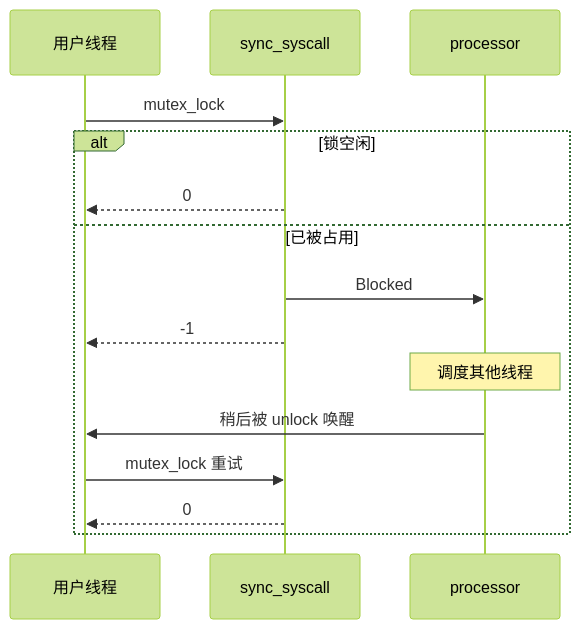
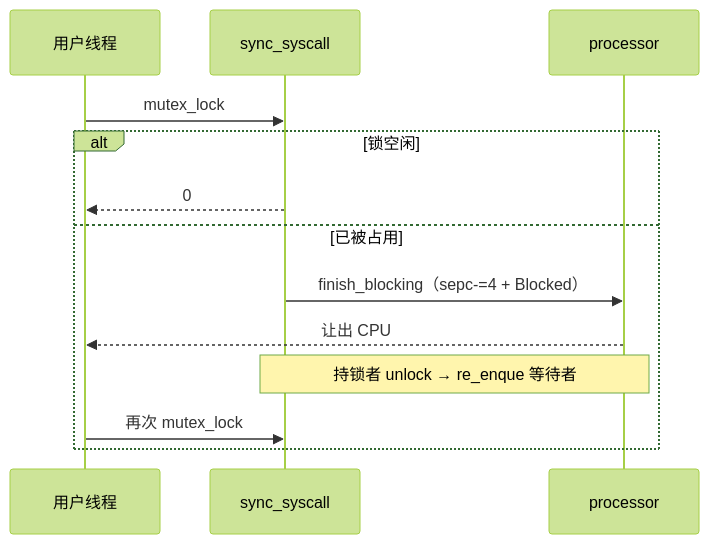
Before and after one commit to AM-SuSh/EVOLVE: the second of 2 diagrams in os-lab/labs/lab8-thread-sync.md, drawn with Mermaid (forest theme). The commit also changed other lines of this file and 32 other files, not shown here.

````diff
--- a/os-lab/labs/lab8-thread-sync.md
+++ b/os-lab/labs/lab8-thread-sync.md
@@ -168,17 +205,15 @@
 ```mermaid
 sequenceDiagram
     participant U as 用户线程
     participant K as sync_syscall
     participant P as processor
     U->>K: mutex_lock
     alt 锁空闲
         K-->>U: 0
     else 已被占用
-        K->>P: Blocked
-        K-->>U: -1
-        Note over P: 调度其他线程
-        P->>U: 稍后被 unlock 唤醒
-        U->>K: mutex_lock 重试
-        K-->>U: 0
+        K->>P: finish_blocking（sepc-=4 + Blocked）
+        P-->>U: 让出 CPU
+        Note over K,P: 持锁者 unlock → re_enque 等待者
+        U->>K: 再次 mutex_lock
     end
 ```
````
